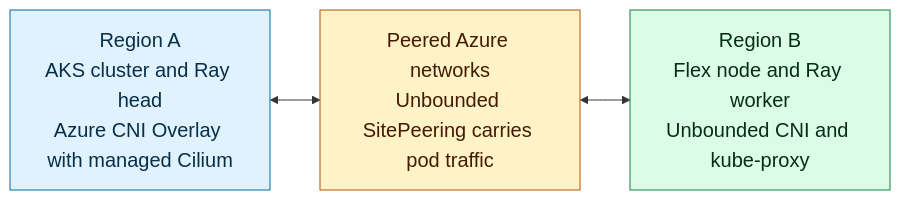
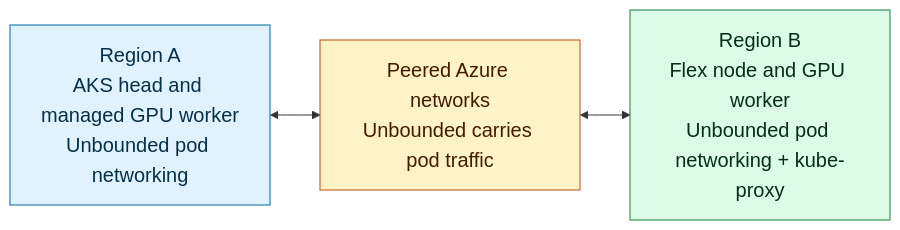
One commit to KenKilty/aks-flex-anyscale-lab changed the diagram in docs/ai-workloads-on-aks/assets/architecture/01-solution-overview.mmd. Above: the diagram before and after it, drawn with Mermaid. The commit also changed 45 other files, not shown here.

First line of the commit message:
Add mixed-CNI Unbounded lab validation and rewrite student guide

```diff
--- a/docs/ai-workloads-on-aks/assets/architecture/01-solution-overview.mmd
+++ b/docs/ai-workloads-on-aks/assets/architecture/01-solution-overview.mmd
@@ -1,13 +1,13 @@
 flowchart LR
-  regionA["Region A<br/>AKS cluster and Ray head<br/>Azure CNI Overlay with managed Cilium"]
-  network["Peered Azure networks<br/>Unbounded SitePeering carries pod traffic"]
-  regionB["Region B<br/>Flex node and Ray worker<br/>Unbounded CNI and kube-proxy"]
+  regionA["Region A<br/>AKS head and managed GPU worker<br/>Unbounded pod networking"]
+  network["Peered Azure networks<br/>Unbounded carries pod traffic"]
+  regionB["Region B<br/>Flex node and GPU worker<br/>Unbounded pod networking + kube-proxy"]
 
   regionA <--> network <--> regionB
 
   classDef home fill:#e0f2fe,stroke:#0369a1,color:#082f49,font-size:20px
   classDef link fill:#fef3c7,stroke:#b45309,color:#451a03,font-size:20px
   classDef flex fill:#dcfce7,stroke:#15803d,color:#052e16,font-size:20px
   class regionA home
   class network link
   class regionB flex
```
